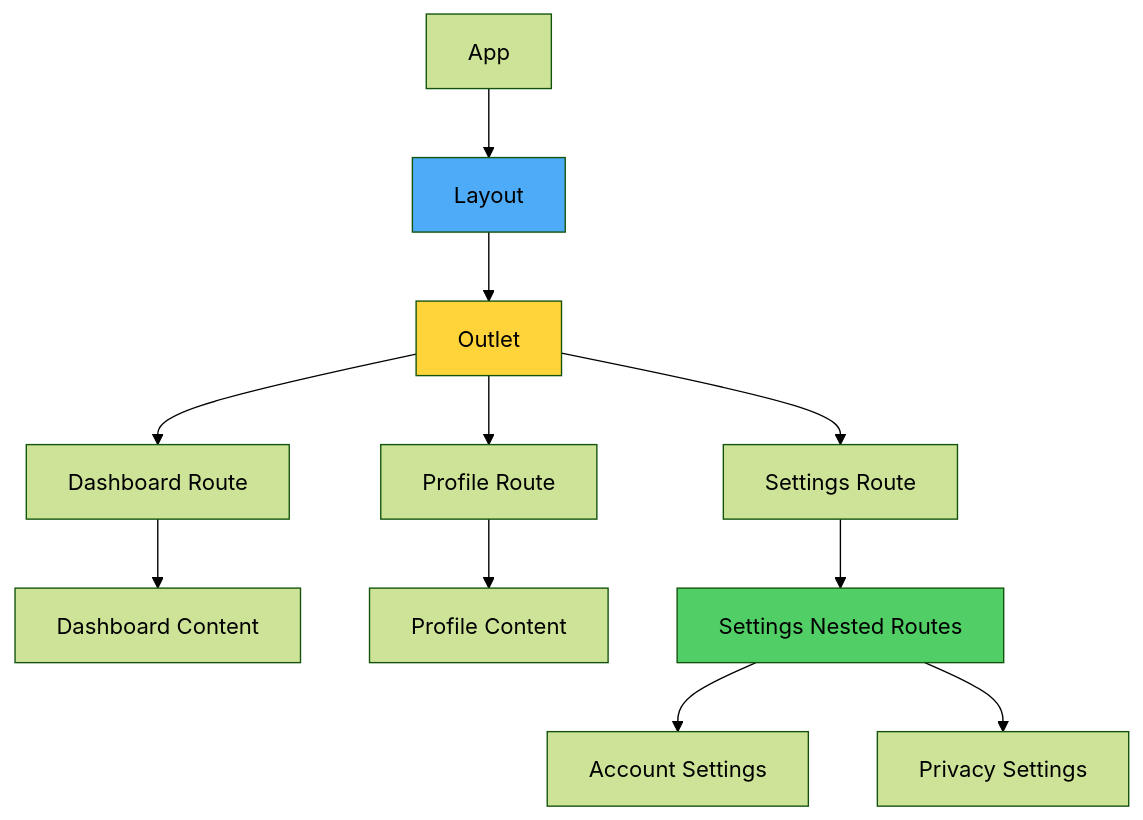
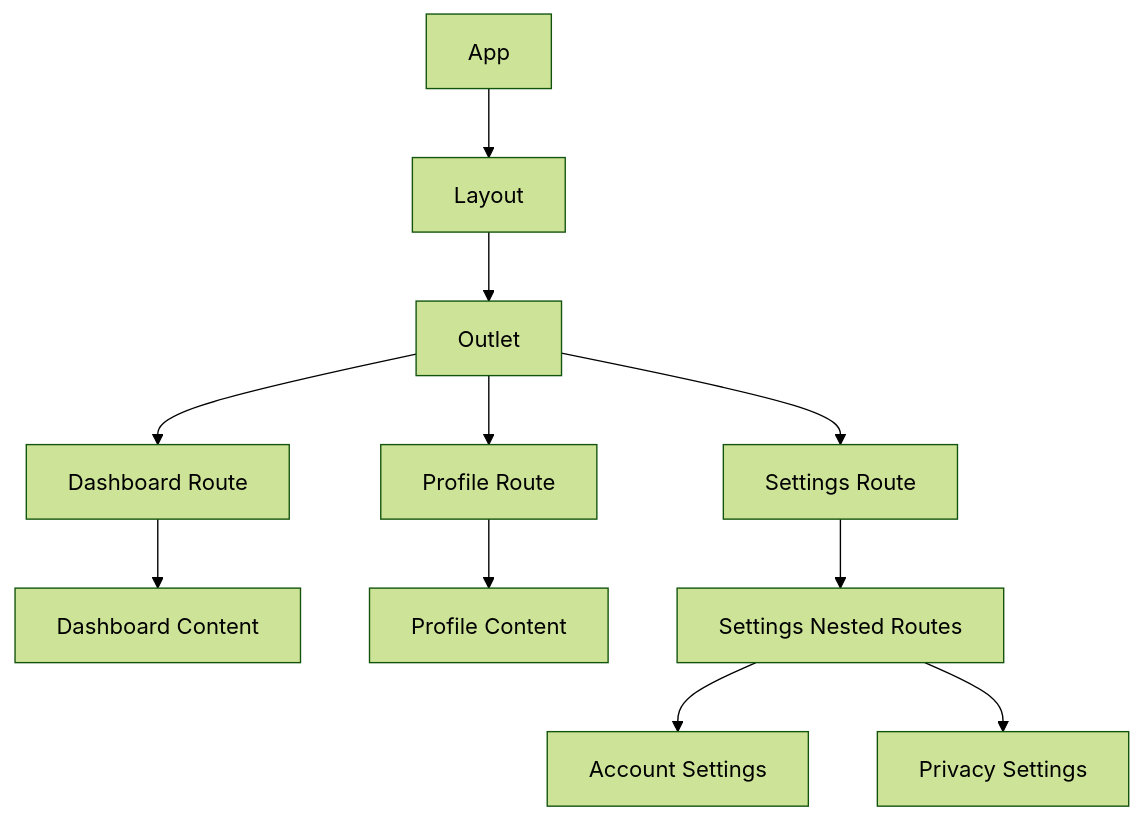
Before and after one commit to BabaScience/react-guides: the third of 6 diagrams in arguments/chapters/05-routing.md, drawn with Mermaid (forest theme). The commit also changed other lines of this file and 29 other files, not shown here.

First line of the commit message:
Bring React FR/IT translations to full English parity + theme-safe diagrams

````diff
--- a/arguments/chapters/05-routing.md
+++ b/arguments/chapters/05-routing.md
@@ -777,20 +770,17 @@
 ```mermaid
 graph TD
     A[App] --> B[Layout]
     B --> C[Outlet]
     
     C --> D[Dashboard Route]
     C --> E[Profile Route]
     C --> F[Settings Route]
     
     D --> G[Dashboard Content]
     E --> H[Profile Content]
     F --> I[Settings Nested Routes]
     
     I --> J[Account Settings]
     I --> K[Privacy Settings]
     
-    style B fill:#4dabf7
-    style C fill:#ffd43b
-    style I fill:#51cf66
 ```
````
